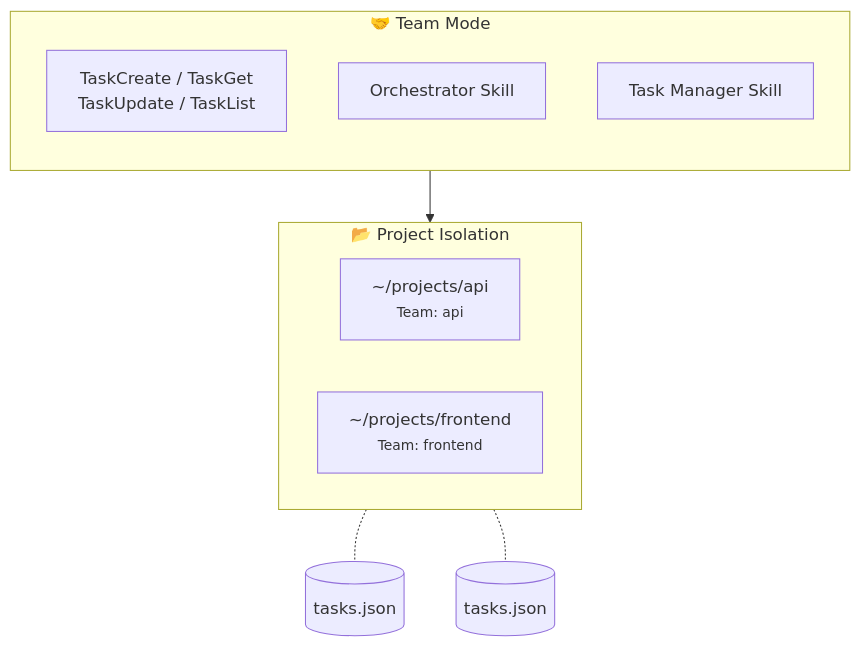
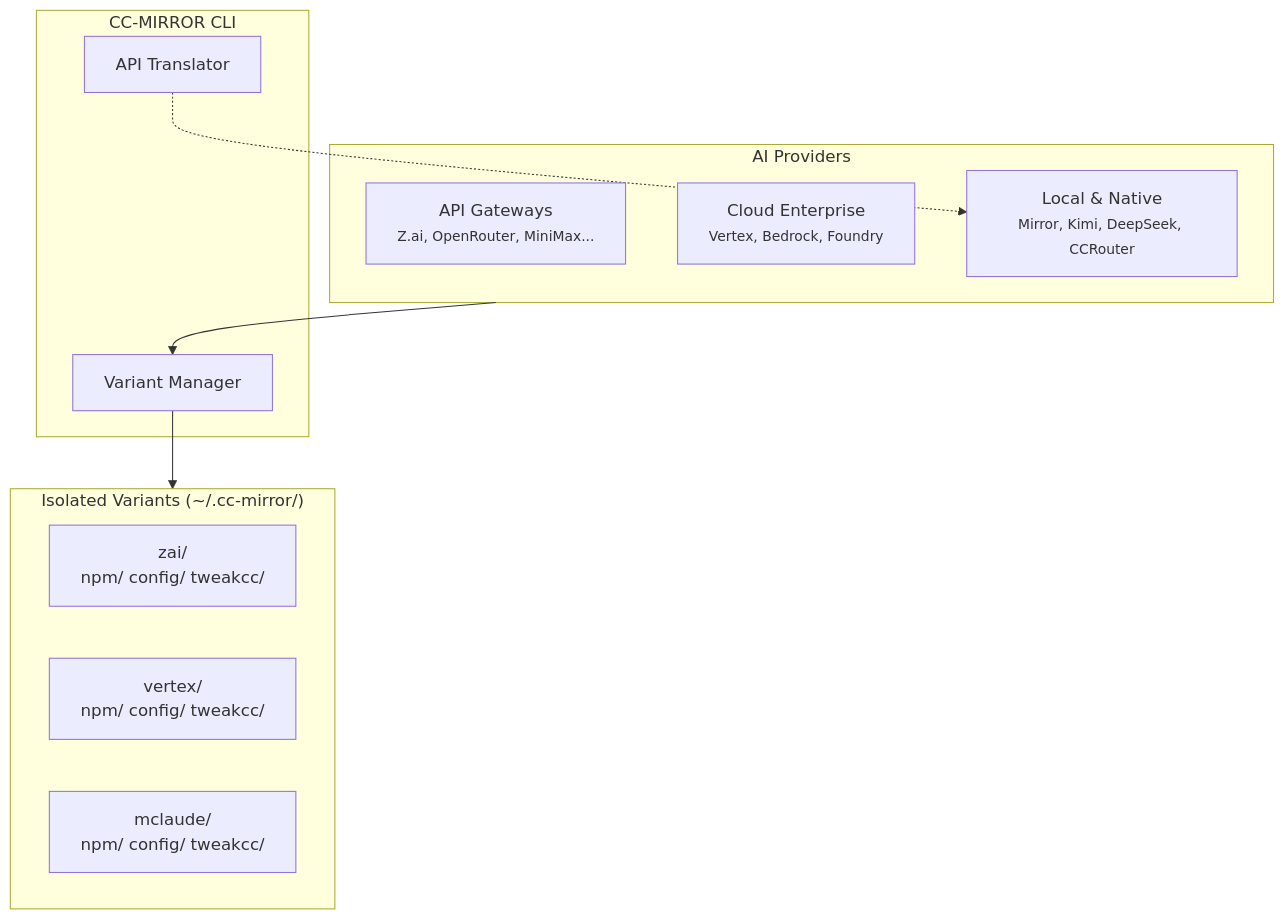
The second of 2 diagrams in README.md (hyukudan/cc-mirror), drawn with Mermaid before and after one commit. The commit also changed other lines of this file, not shown here.

````diff
--- a/README.md
+++ b/README.md
@@ -465,19 +542,23 @@
 ```mermaid
 flowchart TB
-    subgraph team["🤝 Team Mode"]
-        direction TB
-        tools["TaskCreate / TaskGet<br/>TaskUpdate / TaskList"]
-        orchestrator["Orchestrator Skill"]
-        manager["Task Manager Skill"]
+    subgraph providers["AI Providers"]
+        gateways["API Gateways<br/><small>Z.ai, OpenRouter, MiniMax...</small>"]
+        cloud["Cloud Enterprise<br/><small>Vertex, Bedrock, Foundry</small>"]
+        local["Local & Native<br/><small>Mirror, Kimi, DeepSeek, CCRouter</small>"]
     end
 
-    subgraph projects["📂 Project Isolation"]
-        direction LR
-        p1["~/projects/api<br/><small>Team: api</small>"]
-        p2["~/projects/frontend<br/><small>Team: frontend</small>"]
+    subgraph ccmirror["CC-MIRROR CLI"]
+        cli["Variant Manager"]
+        translator["API Translator"]
     end
 
-    team --> projects
-    p1 -.- t1[("tasks.json")]
-    p2 -.- t2[("tasks.json")]
+    subgraph variants["Isolated Variants (~/.cc-mirror/)"]
+        v1["zai/<br/>npm/ config/ tweakcc/"]
+        v2["vertex/<br/>npm/ config/ tweakcc/"]
+        v3["mclaude/<br/>npm/ config/ tweakcc/"]
+    end
+
+    providers --> cli
+    cli --> variants
+    translator -.-> local
 ```
````
